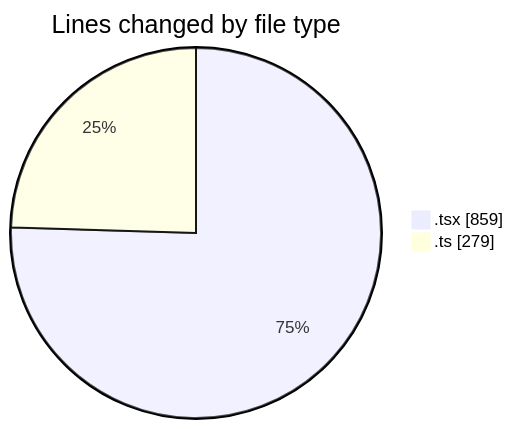
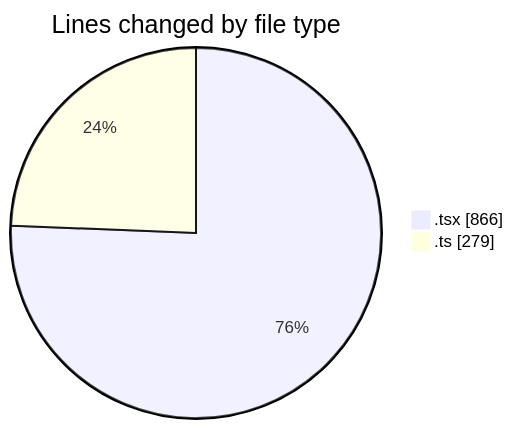
One commit to nxtqubesakshisongat/code-tracking changed the first of 2 diagrams in 2026-04-19/airfeed-analytics-dashboard/README.md. Above: the diagram before and after it, drawn with Mermaid. The commit also changed other lines of this file and 1 other file, not shown here.

````diff
--- a/2026-04-19/airfeed-analytics-dashboard/README.md
+++ b/2026-04-19/airfeed-analytics-dashboard/README.md
@@ -25,6 +25,6 @@
 ```mermaid
 pie showData
 title Lines changed by file type
-".tsx" : 859
+".tsx" : 866
 ".ts" : 279
 ```
````
